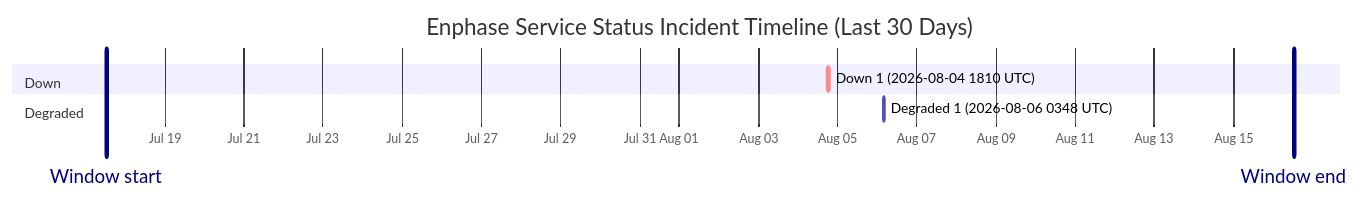
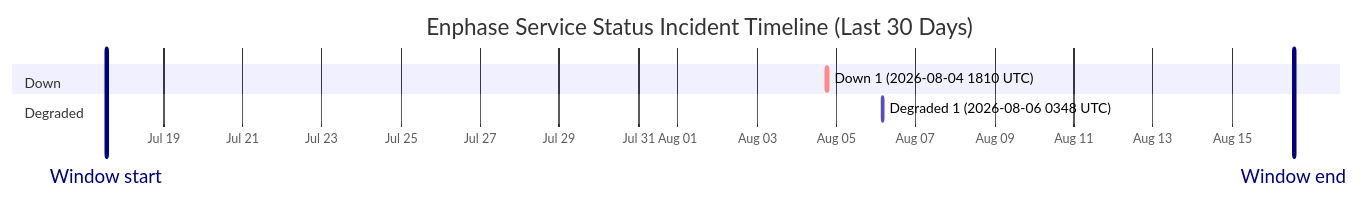
One commit to barneyonline/ha-enphase-energy changed the diagram in wiki/Service-Status-History.md. Above: the diagram before and after it, drawn with Mermaid. The commit also changed other lines of this file and 3 other files, not shown here.

````diff
--- a/wiki/Service-Status-History.md
+++ b/wiki/Service-Status-History.md
@@ -14,12 +14,12 @@
 ```mermaid
 gantt
     title Enphase Service Status Incident Timeline (Last 30 Days)
     dateFormat  YYYY-MM-DDTHH:mm:ss
     axisFormat  %b %d
-    Window start :vert, window-start, 2026-07-17T12:34:53, 0ms
-    Window end :vert, window-end, 2026-08-16T12:34:53, 0ms
+    Window start :vert, window-start, 2026-07-17T13:29:08, 0ms
+    Window end :vert, window-end, 2026-08-16T13:29:08, 0ms
     section Down
     Down 1 (2026-08-04 1810 UTC) :crit, down-1, 2026-08-04T18:10:46, 60m
     section Degraded
     Degraded 1 (2026-08-06 0348 UTC) :active, degraded-1, 2026-08-06T03:48:14, 60m
 ```
````
